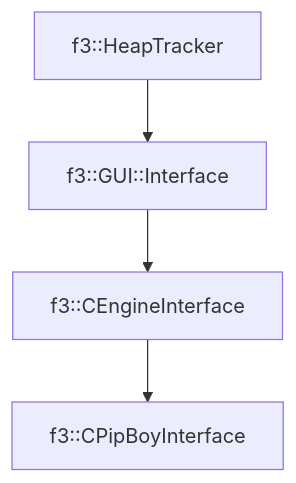
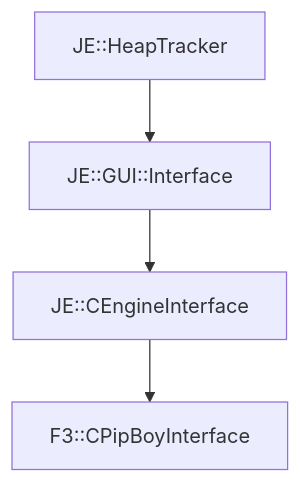
One commit to OpenJE/openvb changed the diagram in docs/f3/CPipBoyInterface.md. Above: the diagram before and after it, drawn with Mermaid. The commit also changed other lines of this file and 1399 other files, not shown here.

````diff
--- a/docs/f3/CPipBoyInterface.md
+++ b/docs/f3/CPipBoyInterface.md
@@ -18,6 +18,6 @@
 ```mermaid
 graph TD;
-    f3::HeapTracker --> f3::GUI::Interface
-    f3::GUI::Interface --> f3::CEngineInterface
-    f3::CEngineInterface --> f3::CPipBoyInterface
+    JE::HeapTracker --> JE::GUI::Interface
+    JE::GUI::Interface --> JE::CEngineInterface
+    JE::CEngineInterface --> F3::CPipBoyInterface
 ```
````
